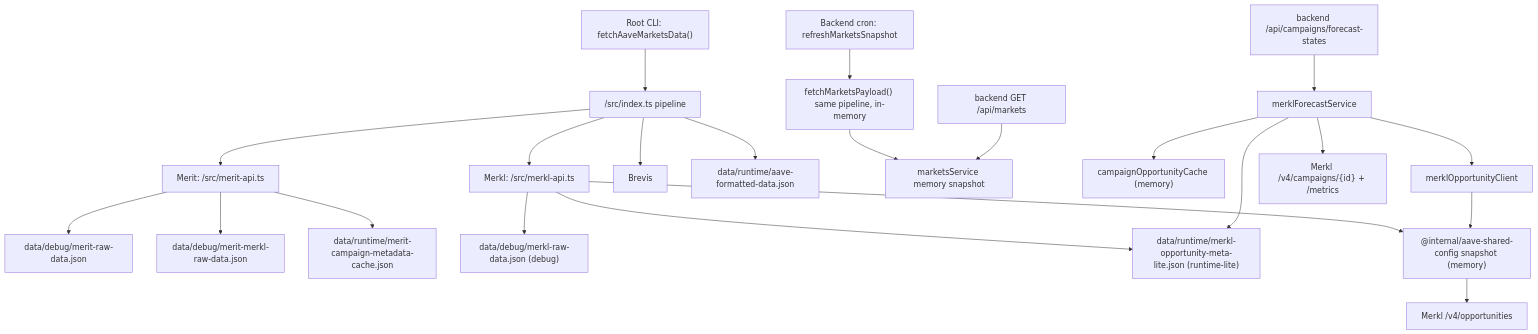
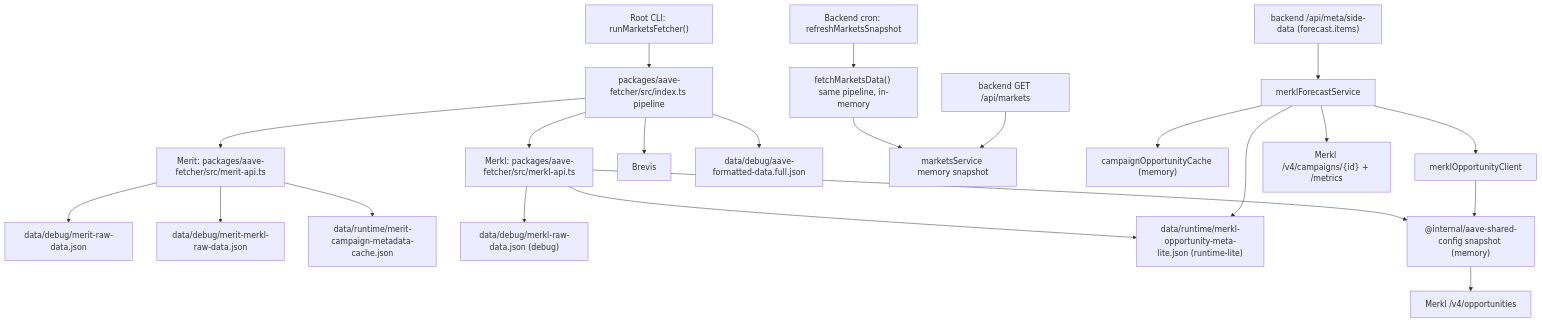
The fourth of 5 diagrams in docs/merkl-merit-cache-architecture.md (0xPabloLI/aave-protocol-analysis), drawn with Mermaid before and after one commit. The commit also changed other lines of this file and 352 other files, not shown here.

````diff
--- a/docs/merkl-merit-cache-architecture.md
+++ b/docs/merkl-merit-cache-architecture.md
@@ -93,24 +104,24 @@
 ```mermaid
 flowchart TD
-  A["Root CLI: fetchAaveMarketsData()"] --> B["/src/index.ts pipeline"]
-  B --> C["Merit: /src/merit-api.ts"]
-  B --> D["Merkl: /src/merkl-api.ts"]
+  A["Root CLI: runMarketsFetcher()"] --> B["packages/aave-fetcher/src/index.ts pipeline"]
+  B --> C["Merit: packages/aave-fetcher/src/merit-api.ts"]
+  B --> D["Merkl: packages/aave-fetcher/src/merkl-api.ts"]
   B --> E["Brevis"]
   C --> F["data/debug/merit-raw-data.json"]
   C --> G["data/debug/merit-merkl-raw-data.json"]
   C --> H["data/runtime/merit-campaign-metadata-cache.json"]
   D --> I["data/debug/merkl-raw-data.json (debug)"]
   D --> J["data/runtime/merkl-opportunity-meta-lite.json (runtime-lite)"]
   D --> R["@internal/aave-shared-config snapshot (memory)"]
-  B --> K["data/runtime/aave-formatted-data.json"]
-  CRON["Backend cron: refreshMarketsSnapshot"] --> MP["fetchMarketsPayload() same pipeline, in-memory"]
+   B --> K["data/debug/aave-formatted-data.full.json"]
+  CRON["Backend cron: refreshMarketsSnapshot"] --> MP["fetchMarketsData() same pipeline, in-memory"]
   MP --> MS["marketsService memory snapshot"]
   L["backend GET /api/markets"] --> MS
-  N["backend /api/campaigns/forecast-states"] --> O["merklForecastService"]
+  N["backend /api/meta/side-data (forecast.items)"] --> O["merklForecastService"]
   O --> P["campaignOpportunityCache (memory)"]
   O --> J
   O --> Q["merklOpportunityClient"]
   Q --> R
   R --> S["Merkl /v4/opportunities"]
   O --> T["Merkl /v4/campaigns/{id} + /metrics"]
 ```
````
